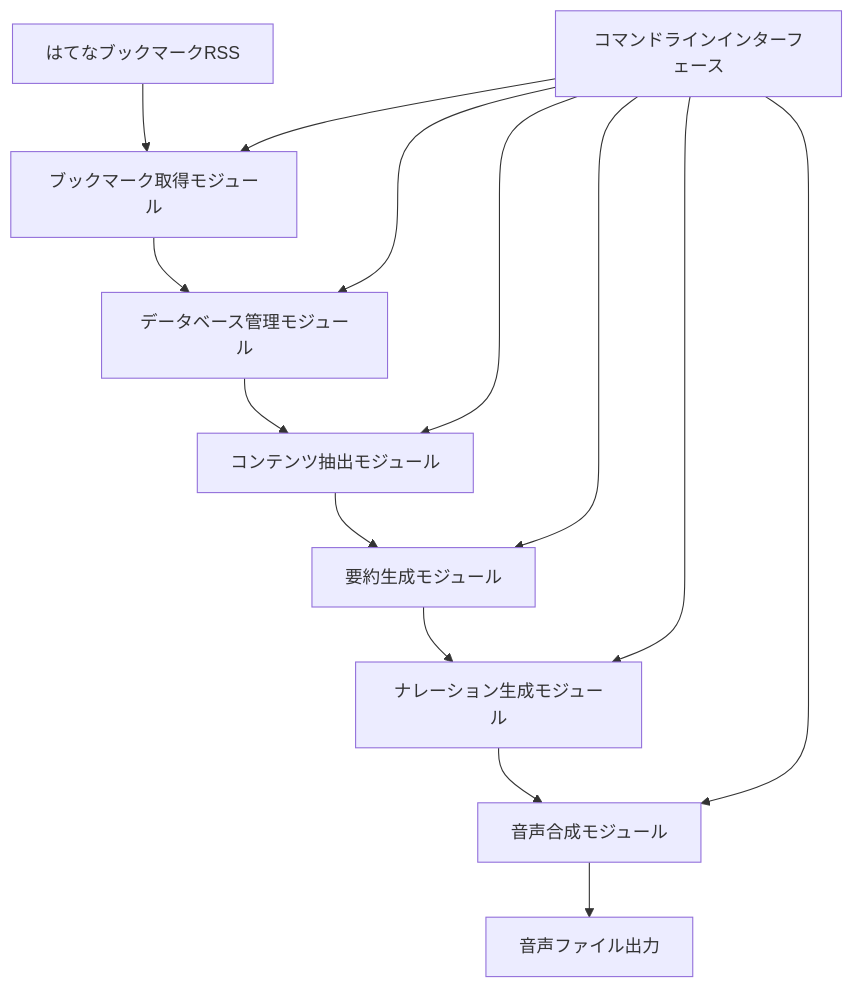
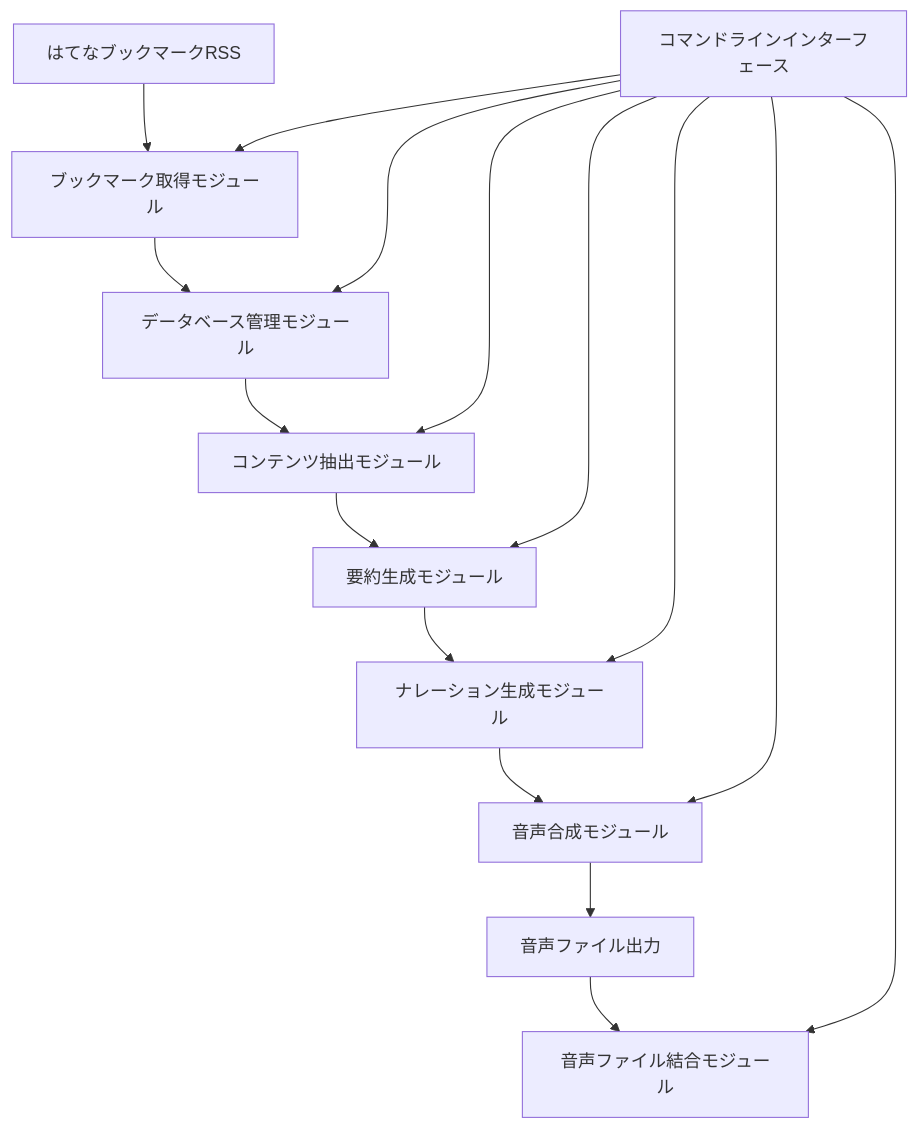
One commit to YuheiNakasaka/hatebu-audio changed the diagram in DESIGN.md. Above: the diagram before and after it, drawn with Mermaid. The commit also changed other lines of this file and 13 other files, not shown here.

````diff
--- a/DESIGN.md
+++ b/DESIGN.md
@@ -11,16 +11,18 @@
 ```mermaid
 graph TD
     A[はてなブックマークRSS] --> B[ブックマーク取得モジュール]
     B --> C[データベース管理モジュール]
     C --> D[コンテンツ抽出モジュール]
     D --> E[要約生成モジュール]
     E --> F[ナレーション生成モジュール]
     F --> G[音声合成モジュール]
     G --> H[音声ファイル出力]
+    H --> J[音声ファイル結合モジュール]
     I[コマンドラインインターフェース] --> B
     I --> C
     I --> D
     I --> E
     I --> F
     I --> G
+    I --> J
 ```
````
